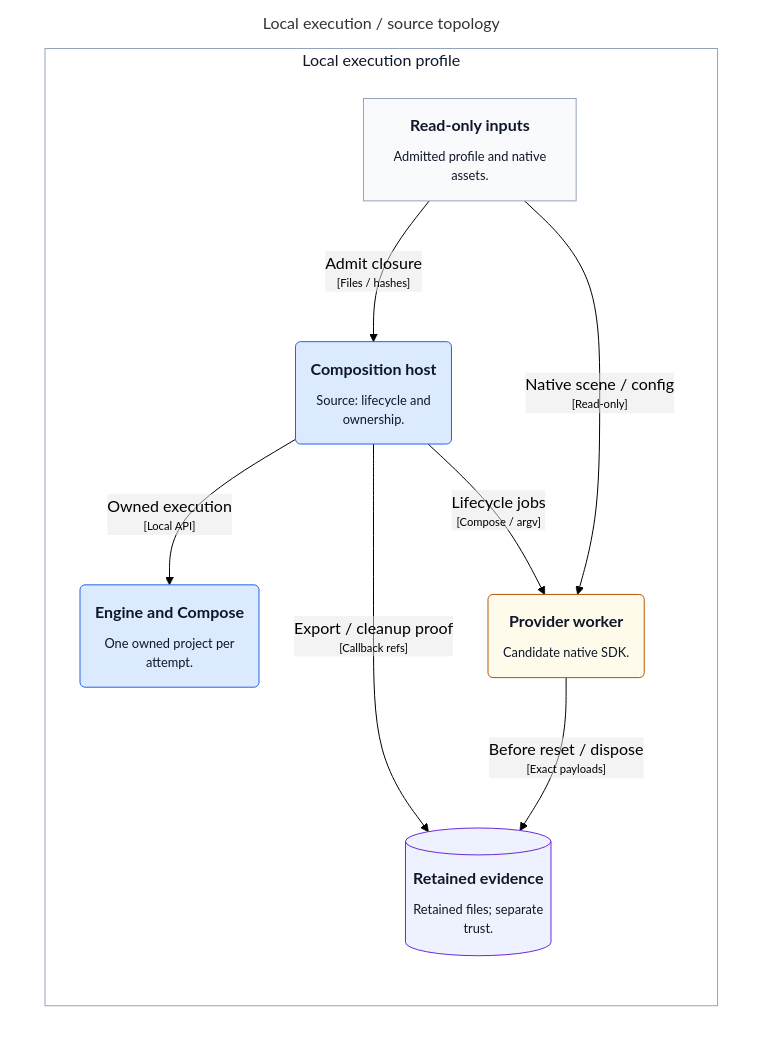
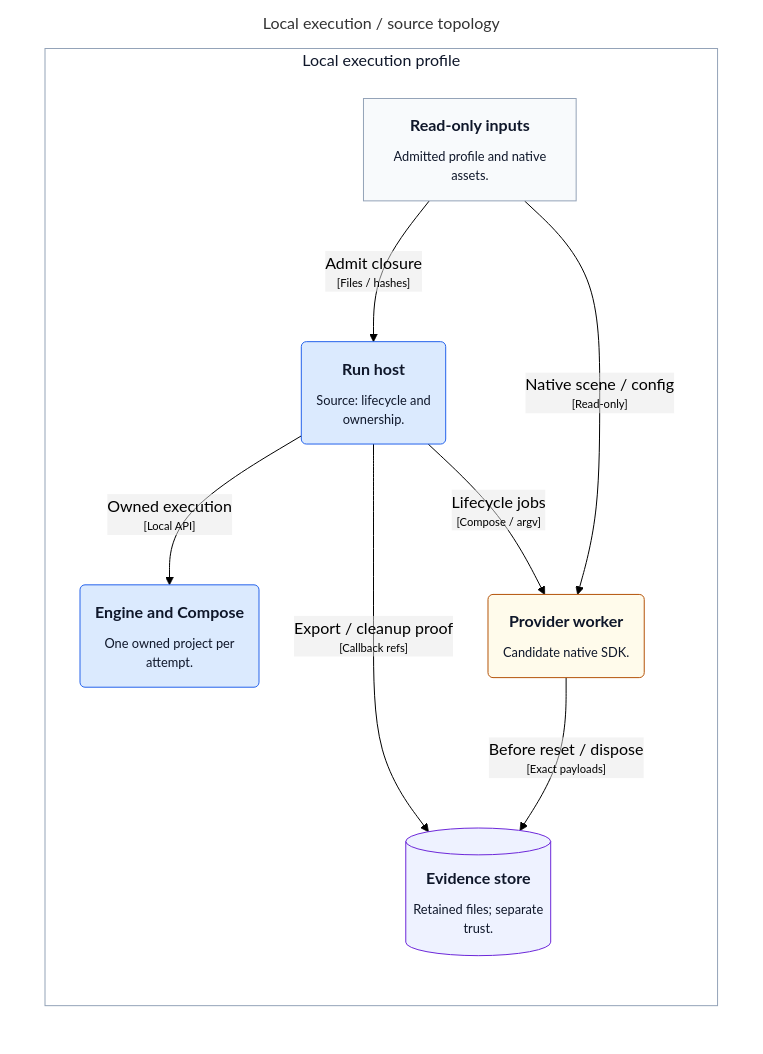
Before and after one commit to mmkolpakov/robotics-runtime: the diagram in docs/architecture/generated/structurizr-ExecutionDeployment.mmd, drawn with Mermaid (forest theme). The commit also changed 12 other files, not shown here.

Commit message:
Keep native diagram labels complete at README scale

```diff
--- a/docs/architecture/generated/structurizr-ExecutionDeployment.mmd
+++ b/docs/architecture/generated/structurizr-ExecutionDeployment.mmd
@@ -1,29 +1,29 @@
 graph LR
   linkStyle default fill:#ffffff
 
   subgraph diagram ["Local execution / source topology"]
     style diagram fill:#ffffff,stroke:#ffffff
 
     subgraph 53 ["Local execution profile"]
       style 53 fill:#ffffff,stroke:#94a3b8,color:#0f172a
 
       54["<div style='font-weight: bold'>Read-only inputs</div><div style='font-size: 80%; margin-top:10px'>Admitted profile and native<br />assets.</div>"]
       style 54 fill:#f8fafc,stroke:#94a3b8,color:#0f172a
       55("<div style='font-weight: bold'>Engine and Compose</div><div style='font-size: 80%; margin-top:10px'>One owned project per<br />attempt.</div>")
       style 55 fill:#dbeafe,stroke:#2563eb,color:#0f172a
-      56("<div style='font-weight: bold'>Composition host</div><div style='font-size: 80%; margin-top:10px'>Source: lifecycle and<br />ownership.</div>")
+      56("<div style='font-weight: bold'>Run host</div><div style='font-size: 80%; margin-top:10px'>Source: lifecycle and<br />ownership.</div>")
       style 56 fill:#dbeafe,stroke:#2563eb,color:#0f172a
       57("<div style='font-weight: bold'>Provider worker</div><div style='font-size: 80%; margin-top:10px'>Candidate native SDK.</div>")
       style 57 fill:#fffbeb,stroke:#b45309,color:#0f172a
-      59[("<div style='font-weight: bold'>Retained evidence</div><div style='font-size: 80%; margin-top:10px'>Retained files; separate<br />trust.</div>")]
+      59[("<div style='font-weight: bold'>Evidence store</div><div style='font-size: 80%; margin-top:10px'>Retained files; separate<br />trust.</div>")]
       style 59 fill:#eef2ff,stroke:#6d28d9,color:#0f172a
     end
 
     56-- "<div>Lifecycle jobs</div><div style='font-size: 70%'>[Compose / argv]</div>" -->57
     56-- "<div>Export / cleanup proof</div><div style='font-size: 70%'>[Callback refs]</div>" -->59
     57-- "<div>Before reset / dispose</div><div style='font-size: 70%'>[Exact payloads]</div>" -->59
     54-- "<div>Admit closure</div><div style='font-size: 70%'>[Files / hashes]</div>" -->56
     54-- "<div>Native scene / config</div><div style='font-size: 70%'>[Read-only]</div>" -->57
     56-- "<div>Owned execution</div><div style='font-size: 70%'>[Local API]</div>" -->55
 
   end
```
